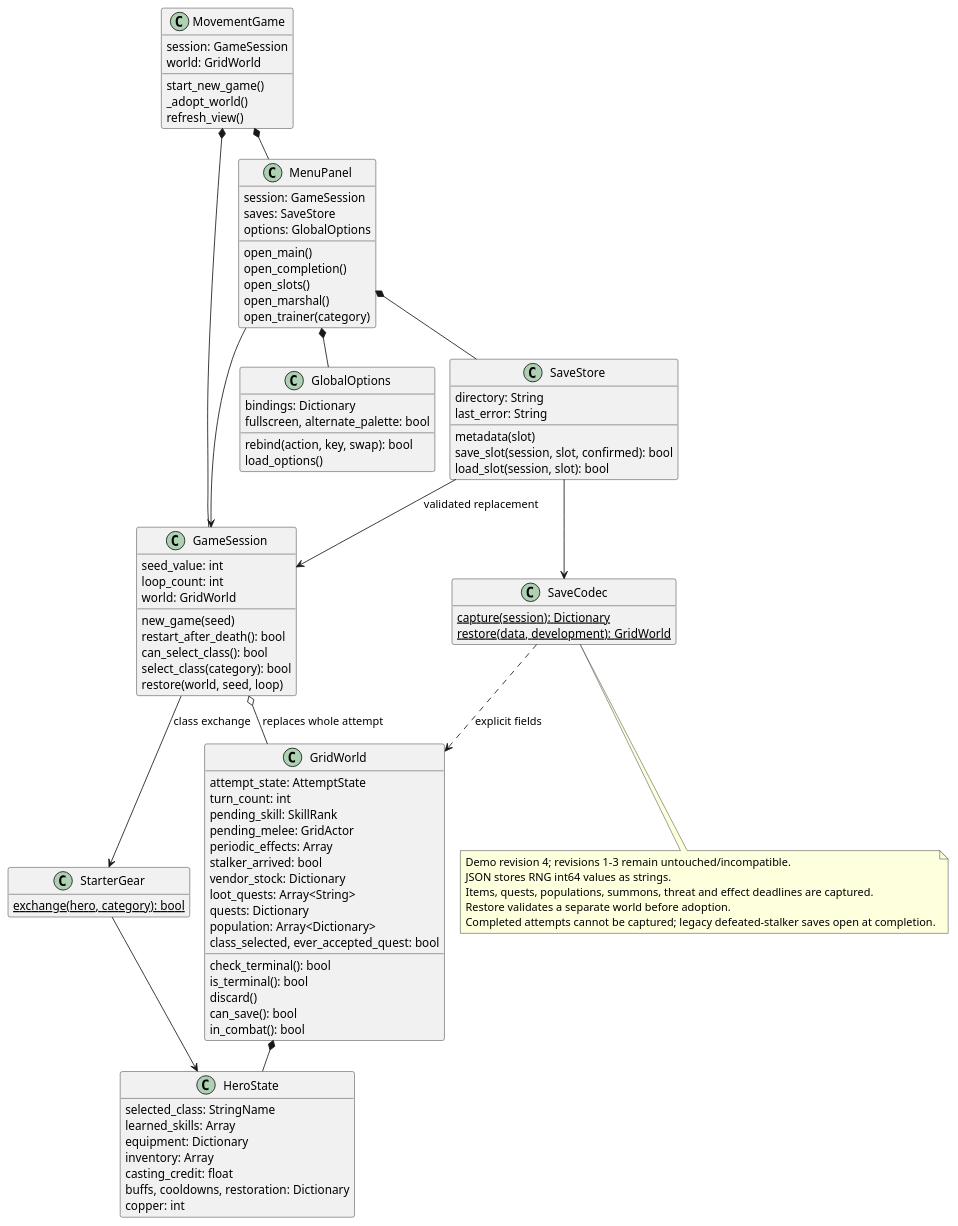
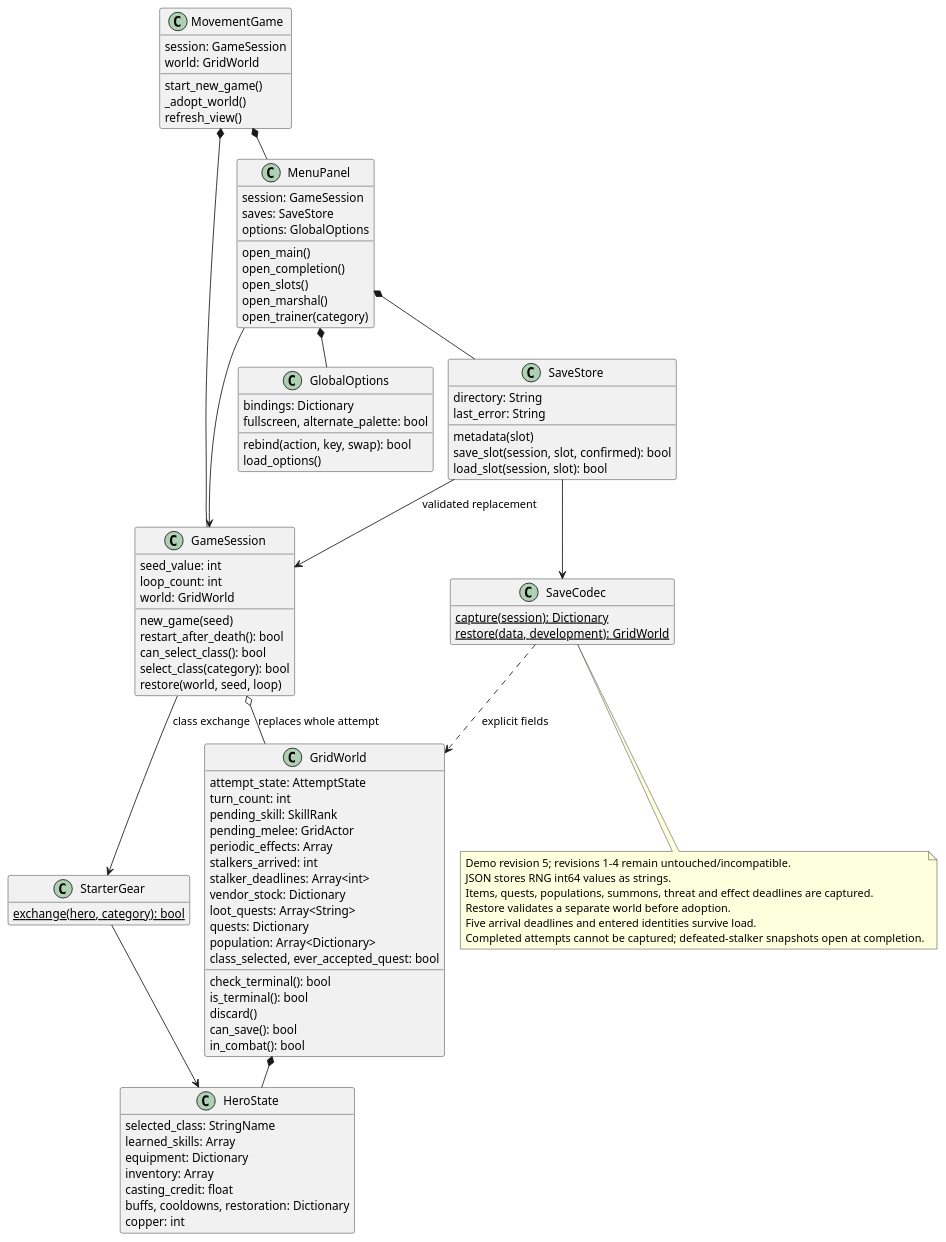
One commit to VHonzik/Ostinato changed the diagram in docs/architecture/classes/loop_save.puml. Above: the diagram before and after it, drawn with PlantUML. The commit also changed 16 other files, not shown here.

```diff
--- a/docs/architecture/classes/loop_save.puml
+++ b/docs/architecture/classes/loop_save.puml
@@ -1,99 +1,101 @@
 @startuml
 !pragma layout smetana
 skinparam shadowing false
 skinparam classAttributeIconSize 0
 hide empty members
 class MovementGame {
   session: GameSession
   world: GridWorld
   start_new_game()
   _adopt_world()
   refresh_view()
 }
 class GameSession {
   seed_value: int
   loop_count: int
   world: GridWorld
   new_game(seed)
   restart_after_death(): bool
   can_select_class(): bool
   select_class(category): bool
   restore(world, seed, loop)
 }
 class GridWorld {
   attempt_state: AttemptState
   check_terminal(): bool
   is_terminal(): bool
   discard()
   turn_count: int
   pending_skill: SkillRank
   pending_melee: GridActor
   periodic_effects: Array
-  stalker_arrived: bool
+  stalkers_arrived: int
+  stalker_deadlines: Array<int>
   vendor_stock: Dictionary
   loot_quests: Array<String>
   quests: Dictionary
   population: Array<Dictionary>
   class_selected, ever_accepted_quest: bool
   can_save(): bool
   in_combat(): bool
 }
 class HeroState {
   selected_class: StringName
   learned_skills: Array
   equipment: Dictionary
   inventory: Array
   casting_credit: float
   buffs, cooldowns, restoration: Dictionary
   copper: int
 }
 class StarterGear {
   {static} exchange(hero, category): bool
 }
 class SaveStore {
   directory: String
   last_error: String
   metadata(slot)
   save_slot(session, slot, confirmed): bool
   load_slot(session, slot): bool
 }
 class SaveCodec {
   {static} capture(session): Dictionary
   {static} restore(data, development): GridWorld
 }
 class MenuPanel {
   session: GameSession
   saves: SaveStore
   options: GlobalOptions
   open_main()
   open_completion()
   open_slots()
   open_marshal()
   open_trainer(category)
 }
 class GlobalOptions {
   bindings: Dictionary
   fullscreen, alternate_palette: bool
   rebind(action, key, swap): bool
   load_options()
 }
 MovementGame *-- MenuPanel
 MovementGame *-- GameSession
 GameSession o-- GridWorld : replaces whole attempt
 GridWorld *-- HeroState
 GameSession --> StarterGear : class exchange
 StarterGear --> HeroState
 MenuPanel *-- SaveStore
 MenuPanel *-- GlobalOptions
 MenuPanel --> GameSession
 SaveStore --> SaveCodec
 SaveStore --> GameSession : validated replacement
 SaveCodec ..> GridWorld : explicit fields
 note bottom of SaveCodec
-Demo revision 4; revisions 1-3 remain untouched/incompatible.
+Demo revision 5; revisions 1-4 remain untouched/incompatible.
 JSON stores RNG int64 values as strings.
 Items, quests, populations, summons, threat and effect deadlines are captured.
 Restore validates a separate world before adoption.
-Completed attempts cannot be captured; legacy defeated-stalker saves open at completion.
+Five arrival deadlines and entered identities survive load.
+Completed attempts cannot be captured; defeated-stalker snapshots open at completion.
 end note
 @enduml
```
